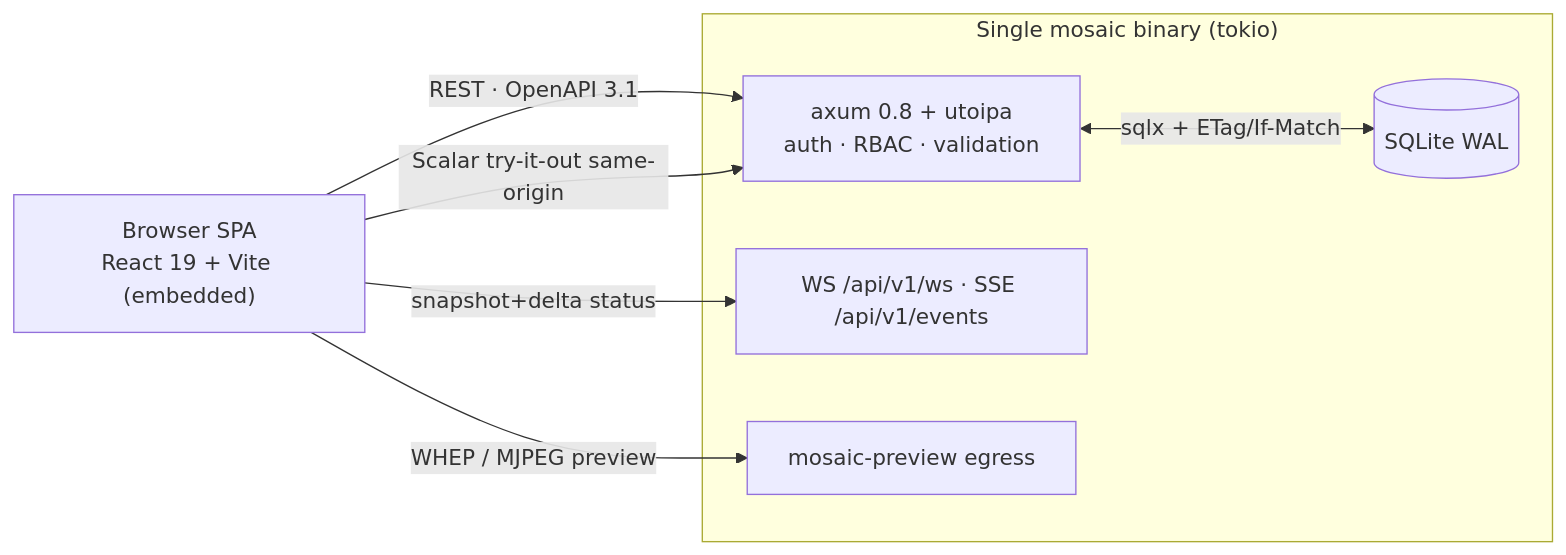
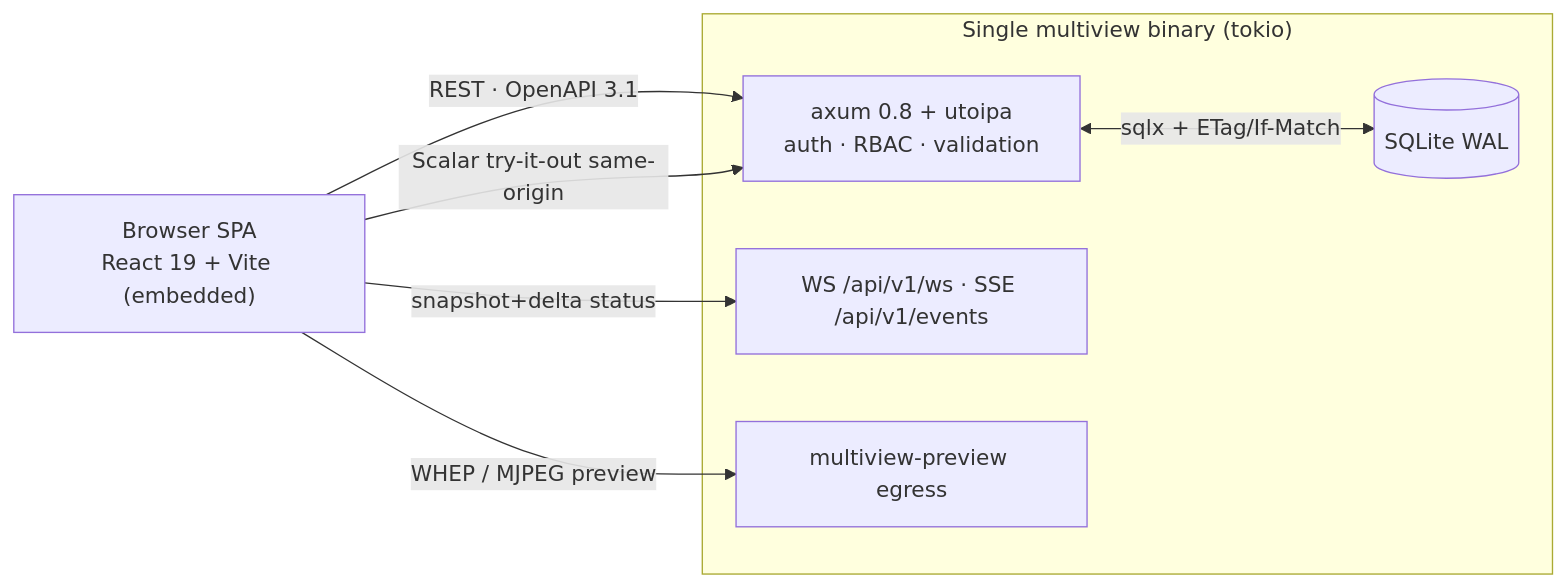
The first of 3 diagrams in docs/web/management-app.md (aperim/multiview), drawn with Mermaid before and after one commit. The commit also changed other lines of this file and 1009 other files, not shown here.

First line of the commit message:
refactor: rename project mosaic → multiview

````diff
--- a/docs/web/management-app.md
+++ b/docs/web/management-app.md
@@ -55,13 +55,13 @@
 ```mermaid
 flowchart LR
   B["Browser SPA<br/>React 19 + Vite (embedded)"] -->|REST · OpenAPI 3.1| API
   B -->|snapshot+delta status| RT["WS /api/v1/ws · SSE /api/v1/events"]
-  B -->|WHEP / MJPEG preview| EG["mosaic-preview egress"]
+  B -->|WHEP / MJPEG preview| EG["multiview-preview egress"]
   B -->|Scalar try-it-out same-origin| API
-  subgraph BIN["Single mosaic binary (tokio)"]
+  subgraph BIN["Single multiview binary (tokio)"]
     API["axum 0.8 + utoipa<br/>auth · RBAC · validation"]
     RT
     EG
     API <-->|sqlx + ETag/If-Match| DB[("SQLite WAL")]
   end
 ```
````
